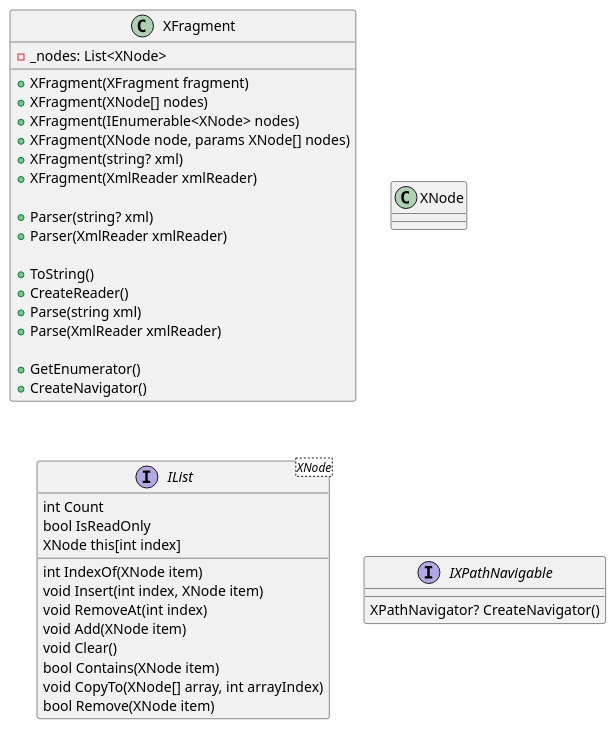
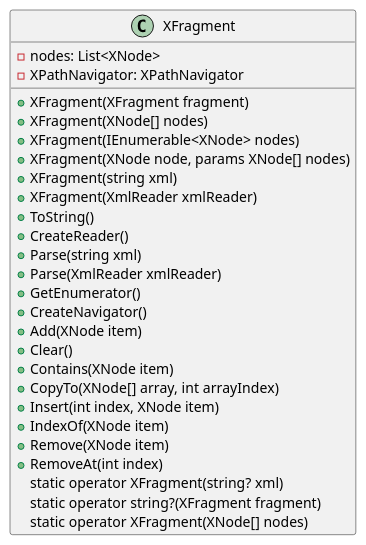
The first of 2 diagrams in docs/generated/Framework/Eliassen.System/Text/Xml/Linq/Documentation.md (mwwhited-forks/dotnet-libs), drawn with PlantUML before and after one commit. The commit also changed other lines of this file and 444 other files, not shown here.

````diff
--- a/docs/generated/Framework/Eliassen.System/Text/Xml/Linq/Documentation.md
+++ b/docs/generated/Framework/Eliassen.System/Text/Xml/Linq/Documentation.md
@@ -5,45 +131,32 @@
 ```plantuml
 @startuml
 class XFragment {
-  - _nodes: List<XNode>
-  + XFragment(XFragment fragment)
-  + XFragment(XNode[] nodes)
-  + XFragment(IEnumerable<XNode> nodes)
-  + XFragment(XNode node, params XNode[] nodes)
-  + XFragment(string? xml)
-  + XFragment(XmlReader xmlReader)
-
-  + Parser(string? xml)
-  + Parser(XmlReader xmlReader)
-
-  + ToString()
-  + CreateReader()
-  + Parse(string xml)
-  + Parse(XmlReader xmlReader)
-
-  + GetEnumerator()
-  + CreateNavigator()
-}
-
-class XNode {}
-
-interface IList<XNode> {
-  int Count
-  bool IsReadOnly
-  XNode this[int index]
-  int IndexOf(XNode item)
-  void Insert(int index, XNode item)
-  void RemoveAt(int index)
-  void Add(XNode item)
-  void Clear()
-  bool Contains(XNode item)
-  void CopyTo(XNode[] array, int arrayIndex)
-  bool Remove(XNode item)
-}
-
-interface IXPathNavigable {
-  XPathNavigator? CreateNavigator()
+  -nodes: List<XNode>
+  -XPathNavigator: XPathNavigator
+  +XFragment(XFragment fragment)
+  +XFragment(XNode[] nodes)
+  +XFragment(IEnumerable<XNode> nodes)
+  +XFragment(XNode node, params XNode[] nodes)
+  +XFragment(string xml)
+  +XFragment(XmlReader xmlReader)
+  +ToString()
+  +CreateReader()
+  +Parse(string xml)
+  +Parse(XmlReader xmlReader)
+  +GetEnumerator()
+  +CreateNavigator()
+  +Add(XNode item)
+  +Clear()
+  +Contains(XNode item)
+  +CopyTo(XNode[] array, int arrayIndex)
+  +Insert(int index, XNode item)
+  +IndexOf(XNode item)
+  +Remove(XNode item)
+  +RemoveAt(int index)
+  static operator XFragment(string? xml)
+  static operator string?(XFragment fragment)
+  static operator XFragment(XNode[] nodes)
 }
 
 @enduml
 ```
````
